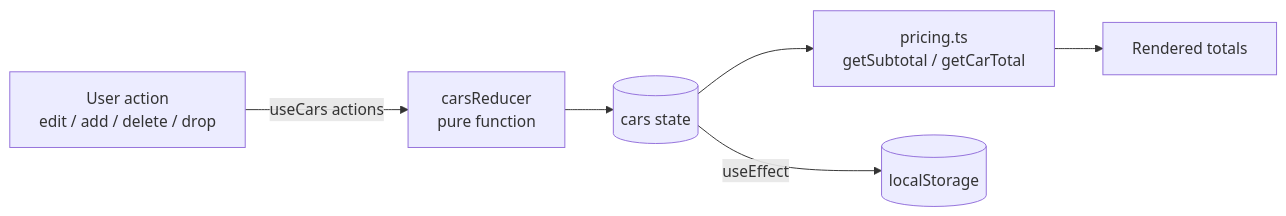
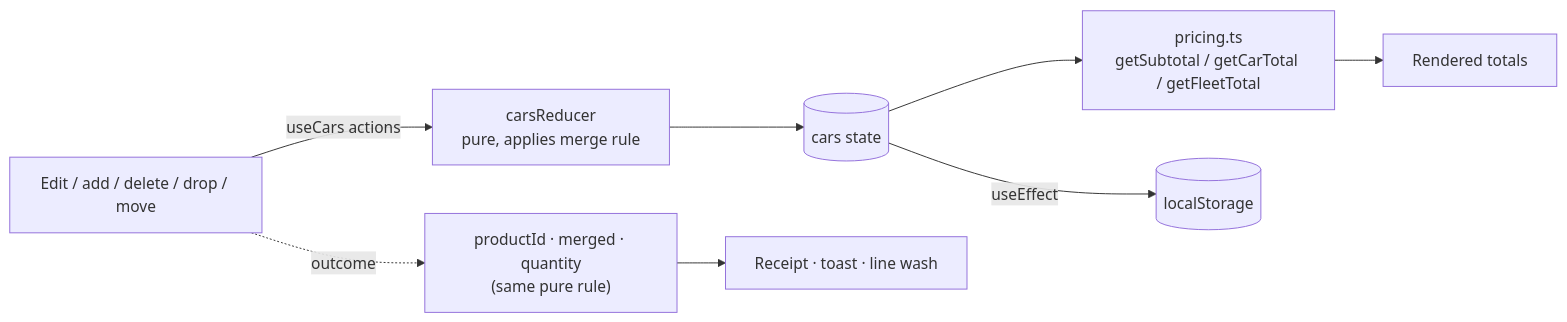
Before and after one commit to Redolid/egic-assignment: the second of 2 diagrams in docs/task-1-cars-products.md, drawn with Mermaid. The commit also changed other lines of this file and 64 other files, not shown here.

````diff
--- a/docs/task-1-cars-products.md
+++ b/docs/task-1-cars-products.md
@@ -47,8 +81,10 @@
 ```mermaid
 flowchart LR
-  UI[User action<br/>edit / add / delete / drop] -->|useCars actions| R[carsReducer<br/>pure function]
+  UI[Edit / add / delete / drop / move] -->|useCars actions| R[carsReducer<br/>pure, applies merge rule]
+  UI -. outcome .-> O["productId · merged · quantity<br/>(same pure rule)"]
   R --> S[(cars state)]
-  S --> P[pricing.ts<br/>getSubtotal / getCarTotal]
+  S --> P[pricing.ts<br/>getSubtotal / getCarTotal / getFleetTotal]
   P --> V[Rendered totals]
   S -->|useEffect| LS[(localStorage)]
+  O --> F[Receipt · toast · line wash]
 ```
````
